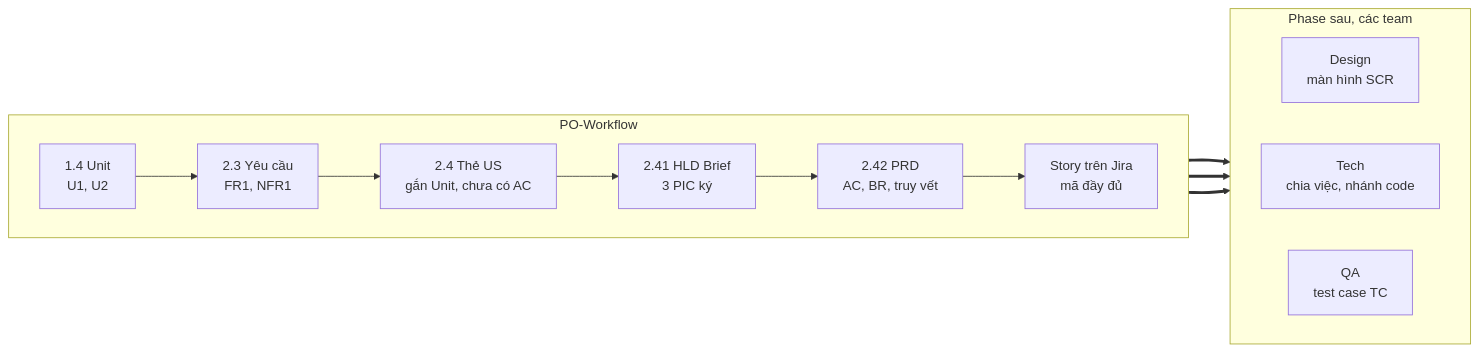
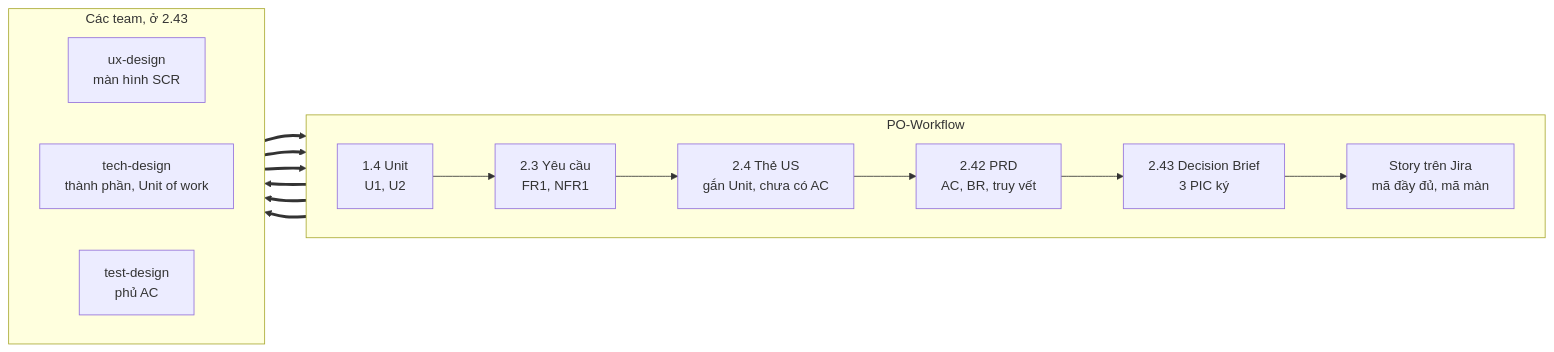
One commit to sonhero981/upbase-specs-test changed the second of 2 diagrams in README.md. Above: the diagram before and after it, drawn with Mermaid. The commit also changed other lines of this file and 64 other files, not shown here.

First line of the commit message:
Luồng 2.43: các team thiết kế từ PRD, chốt trên Decision Brief; bỏ HLD Brief

````diff
--- a/README.md
+++ b/README.md
@@ -135,20 +135,23 @@
 ```mermaid
 flowchart LR
     subgraph PO["PO-Workflow"]
         direction LR
         S14["1.4 Unit<br/>U1, U2"] --> S23["2.3 Yêu cầu<br/>FR1, NFR1"]
         S23 --> S24["2.4 Thẻ US<br/>gắn Unit, chưa có AC"]
-        S24 --> S241["2.41 HLD Brief<br/>3 PIC ký"]
-        S241 --> S242["2.42 PRD<br/>AC, BR, truy vết"]
-        S242 --> ST["Story trên Jira<br/>mã đầy đủ"]
+        S24 --> S242["2.42 PRD<br/>AC, BR, truy vết"]
+        S242 --> DB["2.43 Decision Brief<br/>3 PIC ký"]
+        DB --> ST["Story trên Jira<br/>mã đầy đủ, mã màn"]
     end
-    subgraph NEXT["Phase sau, các team"]
+    subgraph TEAMS["Các team, ở 2.43"]
         direction LR
-        D["Design<br/>màn hình SCR"]
-        T["Tech<br/>chia việc, nhánh code"]
-        Q["QA<br/>test case TC"]
+        D["ux-design<br/>màn hình SCR"]
+        T["tech-design<br/>thành phần, Unit of work"]
+        Q["test-design<br/>phủ AC"]
     end
-    ST ==> D
-    ST ==> T
-    ST ==> Q
+    S242 ==> D
+    S242 ==> T
+    S242 ==> Q
+    D ==> DB
+    T ==> DB
+    Q ==> DB
 ```
````
